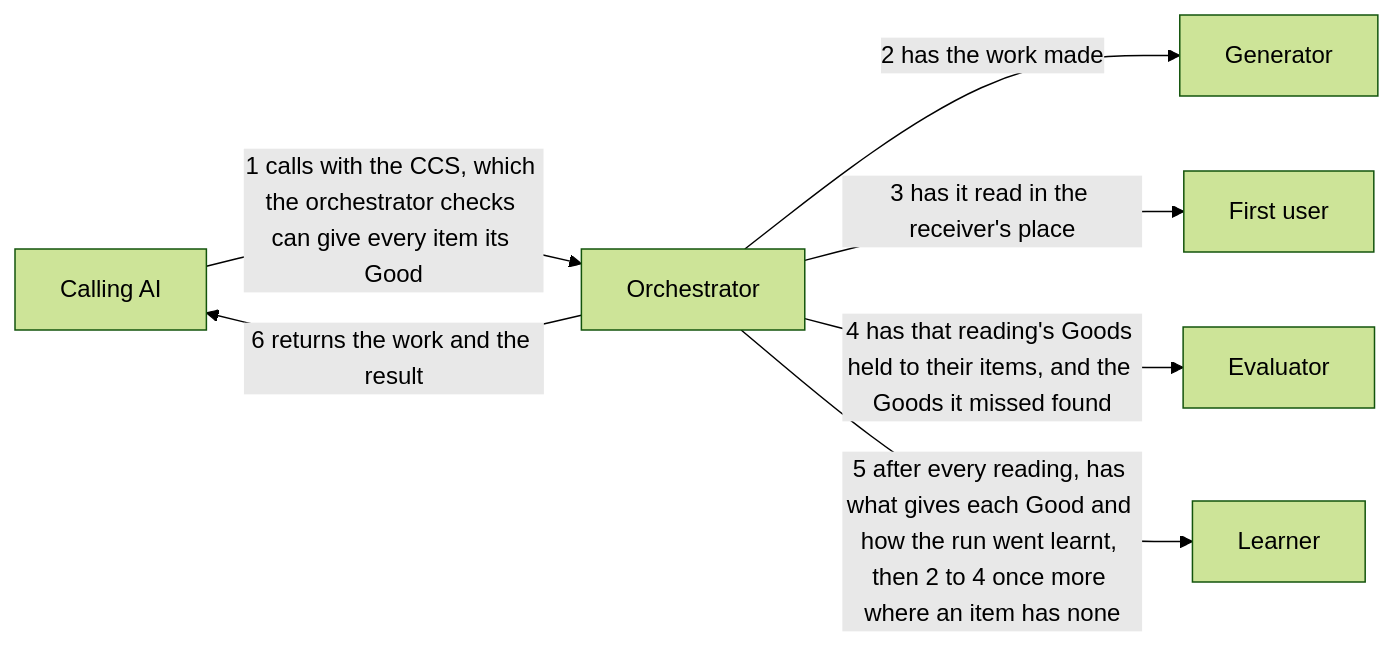
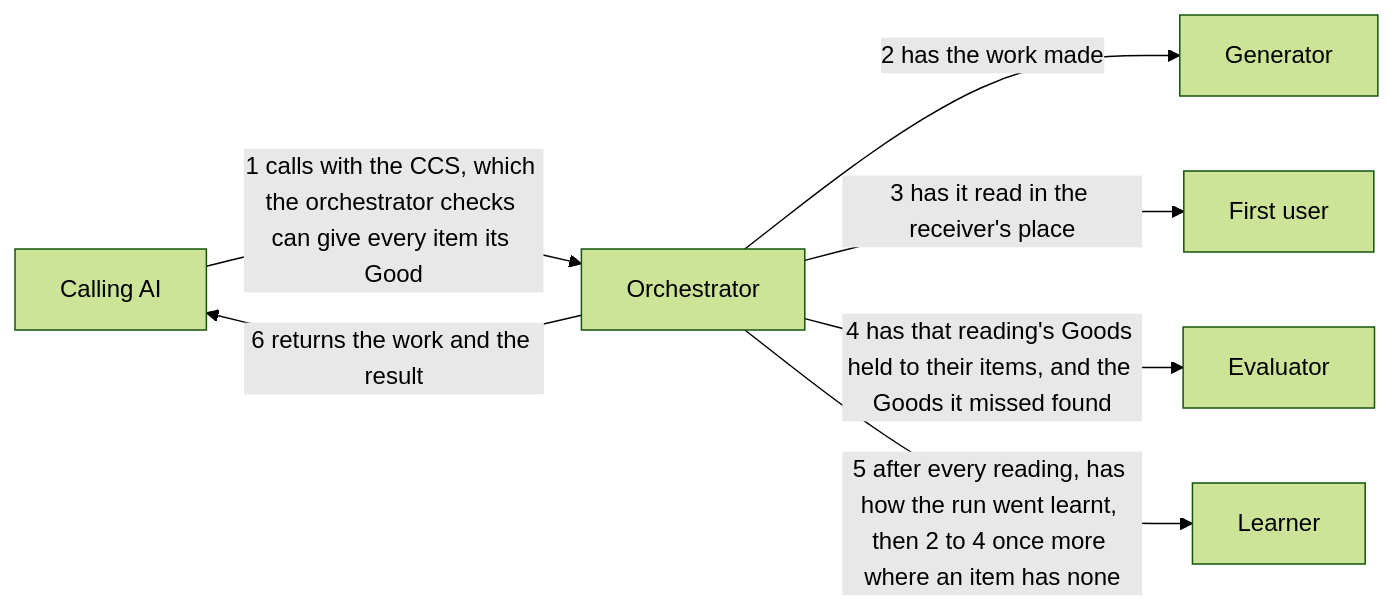
One commit to lovaizu/ccpm changed the diagram in dev/turn/design.md. Above: the diagram before and after it, drawn with Mermaid (forest theme). The commit also changed other lines of this file and 2 other files, not shown here.

First line of the commit message:
turn's README, UX and design: each item answered where its checklist's Scope says, an item sent back with the places its Good is not found, and the learner on how the run went alone

````diff
--- a/dev/turn/design.md
+++ b/dev/turn/design.md
@@ -21,15 +21,15 @@
 ```mermaid
 flowchart LR
   caller["Calling AI"]
   orch["Orchestrator"]
   gen["Generator"]
   fu["First user"]
   ev["Evaluator"]
   le["Learner"]
   caller -->|1 calls with the CCS, which the orchestrator checks can give every item its Good| orch
   orch -->|2 has the work made| gen
   orch -->|3 has it read in the receiver's place| fu
   orch -->|4 has that reading's Goods held to their items, and the Goods it missed found| ev
-  orch -->|5 after every reading, has what gives each Good and how the run went learnt, then 2 to 4 once more where an item has none| le
+  orch -->|5 after every reading, has how the run went learnt, then 2 to 4 once more where an item has none| le
   orch -->|6 returns the work and the result| caller
 ```
````
